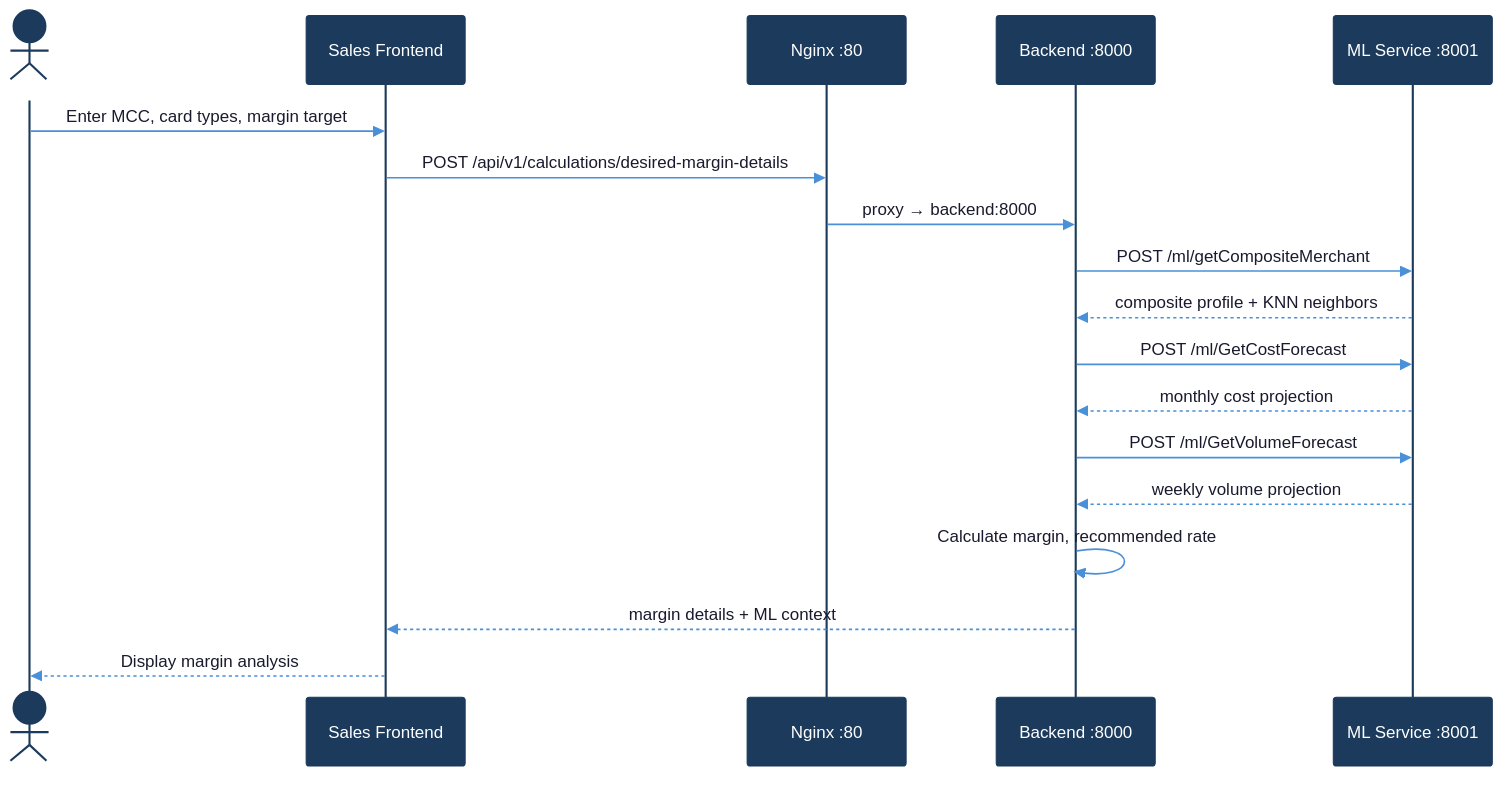
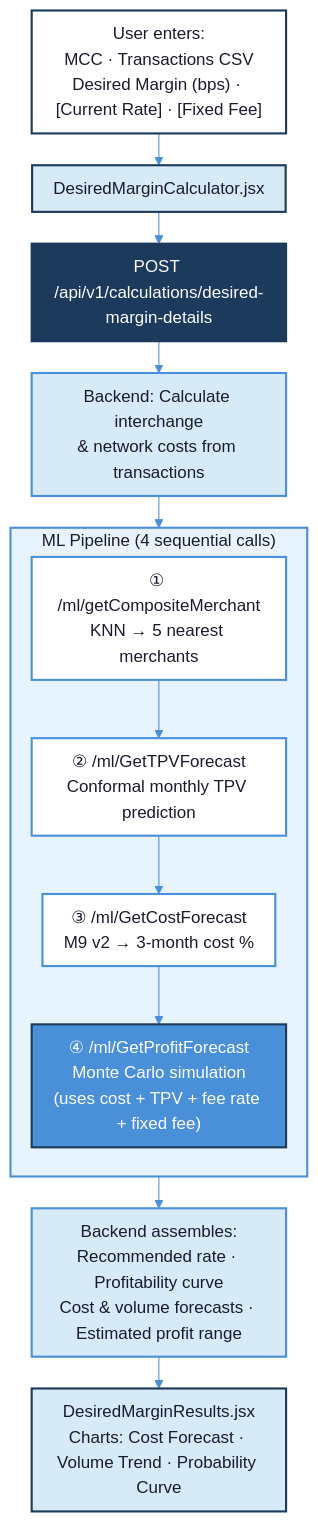
One commit to Yattmeo/404_found_us changed the seventh of 11 diagrams in ARCHITECTURE.md. Above: the diagram before and after it, drawn with Mermaid. The commit also changed other lines of this file and 10 other files, not shown here.

````diff
--- a/ARCHITECTURE.md
+++ b/ARCHITECTURE.md
@@ -269,26 +269,34 @@
 ```mermaid
-%%{init: {'theme': 'base', 'themeVariables': { 'actorBkg': '#1B3A5C', 'actorTextColor': '#ffffff', 'actorBorder': '#1B3A5C', 'activationBorderColor': '#4A90D9', 'activationBkgColor': '#D6EAF8', 'signalColor': '#4A90D9', 'signalTextColor': '#1a1a2e', 'labelBoxBkgColor': '#4A90D9', 'labelBoxBorderColor': '#1B3A5C', 'labelTextColor': '#ffffff', 'noteBkgColor': '#E8F4FD', 'noteBorderColor': '#4A90D9', 'noteTextColor': '#1a1a2e', 'loopTextColor': '#1B3A5C', 'fontFamily': 'Segoe UI, sans-serif' }}}%%
-sequenceDiagram
-    actor User
-    participant FE as Sales Frontend
-    participant NG as Nginx :80
-    participant BE as Backend :8000
-    participant ML as ML Service :8001
+%%{init: {'theme': 'base', 'themeVariables': { 'primaryColor': '#D6EAF8', 'primaryTextColor': '#1a1a2e', 'primaryBorderColor': '#4A90D9', 'lineColor': '#4A90D9', 'fontFamily': 'Segoe UI, sans-serif' }, 'flowchart': { 'nodeSpacing': 20, 'rankSpacing': 30, 'padding': 10 }}}%%
+flowchart TB
+    U["User enters:<br/>MCC · Transactions CSV<br/>Desired Margin (bps) · [Current Rate] · [Fixed Fee]"]
+    FE["DesiredMarginCalculator.jsx"]
+    EP["POST /api/v1/calculations/desired-margin-details"]
+    COST["Backend: Calculate interchange<br/>& network costs from transactions"]
 
-    User->>FE: Enter MCC, card types, margin target
-    FE->>NG: POST /api/v1/calculations/desired-margin-details
-    NG->>BE: proxy → backend:8000
+    subgraph ML["ML Pipeline (4 sequential calls)"]
+        direction TB
+        KNN["① /ml/getCompositeMerchant<br/>KNN → 5 nearest merchants"]
+        TPV["② /ml/GetTPVForecast<br/>Conformal monthly TPV prediction"]
+        M9["③ /ml/GetCostForecast<br/>M9 v2 → 3-month cost %"]
+        MC["④ /ml/GetProfitForecast<br/>Monte Carlo simulation<br/>(uses cost + TPV + fee rate + fixed fee)"]
+        KNN --> TPV --> M9 --> MC
+    end
 
-    BE->>ML: POST /ml/getCompositeMerchant
-    ML-->>BE: composite profile + KNN neighbors
+    ASSEMBLE["Backend assembles:<br/>Recommended rate · Profitability curve<br/>Cost & volume forecasts · Estimated profit range"]
+    RES["DesiredMarginResults.jsx<br/>Charts: Cost Forecast · Volume Trend · Probability Curve"]
 
-    BE->>ML: POST /ml/GetCostForecast
-    ML-->>BE: monthly cost projection
+    U --> FE --> EP --> COST --> ML --> ASSEMBLE --> RES
 
-    BE->>ML: POST /ml/GetVolumeForecast
-    ML-->>BE: weekly volume projection
-
-    BE->>BE: Calculate margin, recommended rate
-    BE-->>FE: margin details + ML context
-    FE-->>User: Display margin analysis
+    style U fill:#ffffff,stroke:#1B3A5C,stroke-width:2px,color:#1a1a2e
+    style FE fill:#D6EAF8,stroke:#1B3A5C,stroke-width:2px,color:#1a1a2e
+    style EP fill:#1B3A5C,stroke:#1B3A5C,stroke-width:2px,color:#ffffff
+    style COST fill:#D6EAF8,stroke:#4A90D9,stroke-width:2px,color:#1a1a2e
+    style ML fill:#E8F4FD,stroke:#4A90D9,stroke-width:2px,color:#1a1a2e
+    style KNN fill:#ffffff,stroke:#4A90D9,stroke-width:2px,color:#1a1a2e
+    style TPV fill:#ffffff,stroke:#4A90D9,stroke-width:2px,color:#1a1a2e
+    style M9 fill:#ffffff,stroke:#4A90D9,stroke-width:2px,color:#1a1a2e
+    style MC fill:#4A90D9,stroke:#1B3A5C,stroke-width:2px,color:#ffffff
+    style ASSEMBLE fill:#D6EAF8,stroke:#4A90D9,stroke-width:2px,color:#1a1a2e
+    style RES fill:#D6EAF8,stroke:#1B3A5C,stroke-width:2px,color:#1a1a2e
 ```
````
